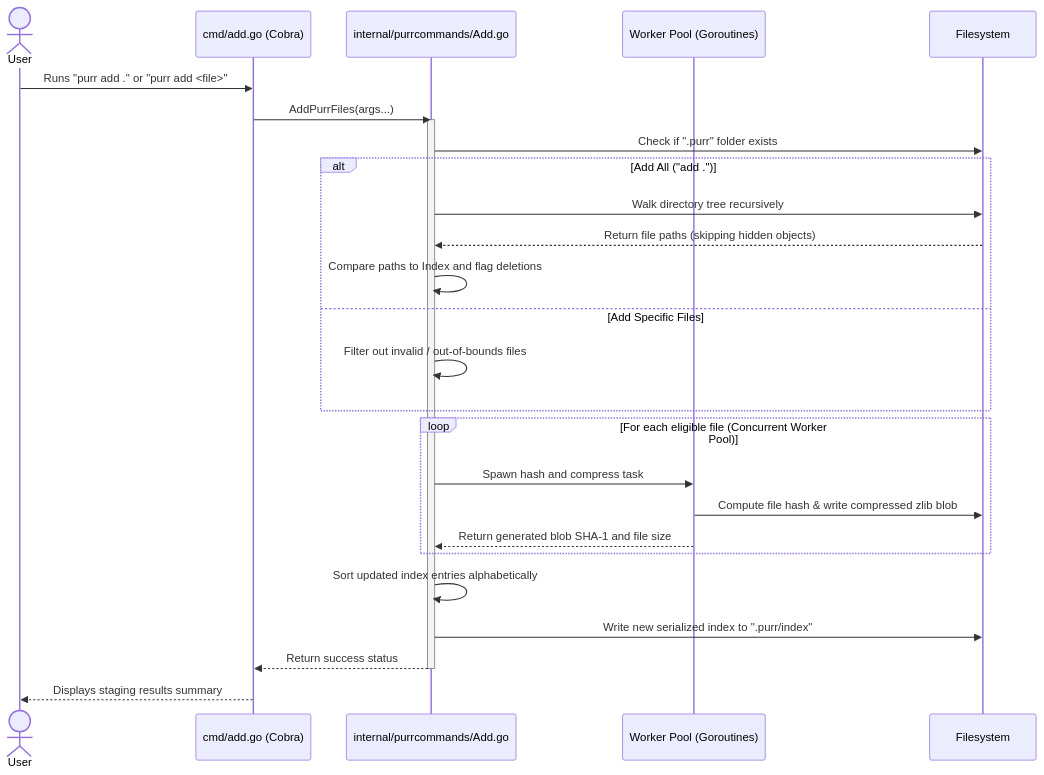
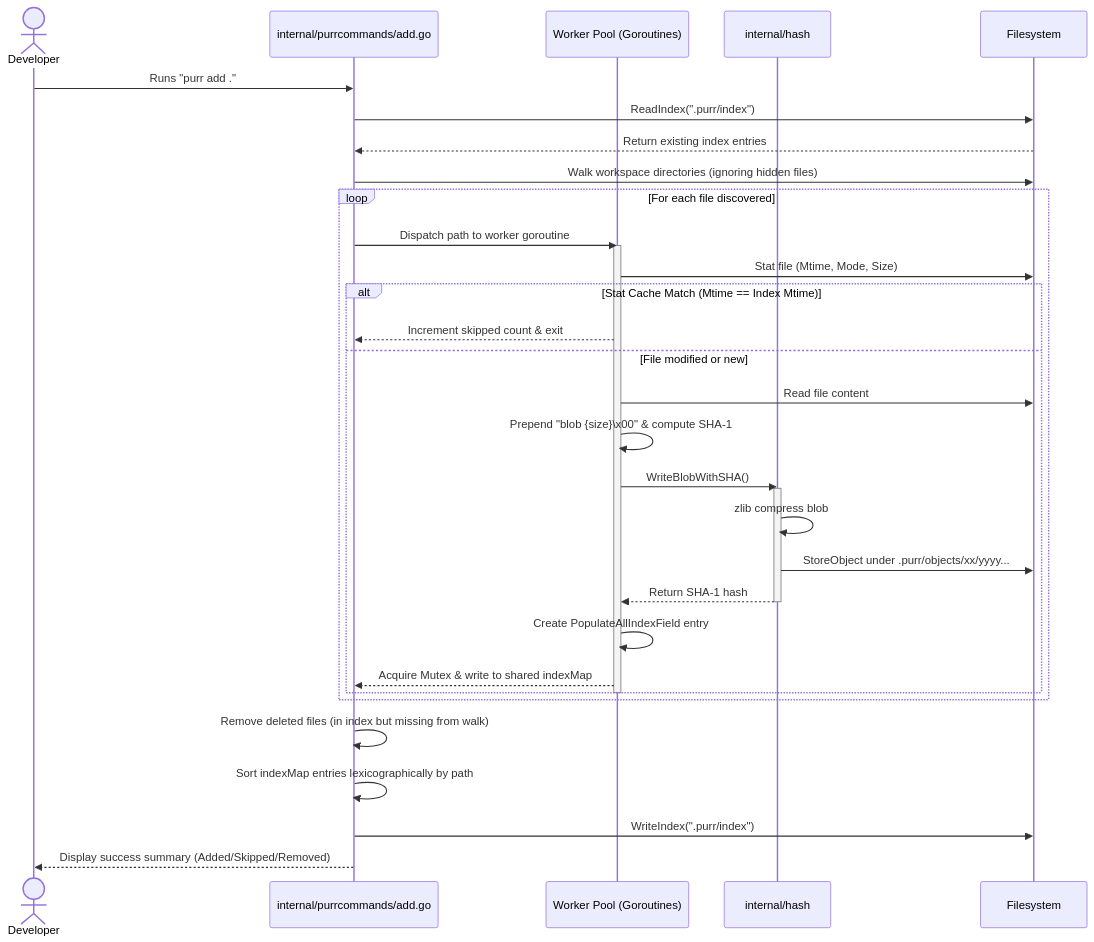
One commit to TheRealShek/persephone changed the fifth of 6 diagrams in Docs/ARCHITECTURE.md. Above: the diagram before and after it, drawn with Mermaid. The commit also changed other lines of this file and 5 other files, not shown here.

````diff
--- a/Docs/ARCHITECTURE.md
+++ b/Docs/ARCHITECTURE.md
@@ -367,35 +258,37 @@
 ```mermaid
 sequenceDiagram
-    actor User
-    participant CLI as cmd/add.go (Cobra)
-    participant Core as internal/purrcommands/Add.go
+    actor Developer
+    participant Core as internal/purrcommands/add.go
     participant WP as Worker Pool (Goroutines)
+    participant Store as internal/hash
     participant OS as Filesystem
 
-    User->>CLI: Runs "purr add ." or "purr add <file>"
-    CLI->>Core: AddPurrFiles(args...)
-
-    activate Core
-    Core->>OS: Check if ".purr" folder exists
-
-    alt Add All ("add .")
-        Core->>OS: Walk directory tree recursively
-        OS-->>Core: Return file paths (skipping hidden objects)
-        Core->>Core: Compare paths to Index and flag deletions
-    else Add Specific Files
-        Core->>Core: Filter out invalid / out-of-bounds files
+    Developer->>Core: Runs "purr add ."
+    Core->>OS: ReadIndex(".purr/index")
+    OS-->>Core: Return existing index entries
+    Core->>OS: Walk workspace directories (ignoring hidden files)
+    loop For each file discovered
+        Core->>WP: Dispatch path to worker goroutine
+        activate WP
+        WP->>OS: Stat file (Mtime, Mode, Size)
+        alt Stat Cache Match (Mtime == Index Mtime)
+            WP-->>Core: Increment skipped count & exit
+        else File modified or new
+            WP->>OS: Read file content
+            WP->>WP: Prepend "blob {size}\x00" & compute SHA-1
+            WP->>Store: WriteBlobWithSHA()
+            activate Store
+            Store->>Store: zlib compress blob
+            Store->>OS: StoreObject under .purr/objects/xx/yyyy...
+            Store-->>WP: Return SHA-1 hash
+            deactivate Store
+            WP->>WP: Create PopulateAllIndexField entry
+            WP-->>Core: Acquire Mutex & write to shared indexMap
+        end
+        deactivate WP
     end
-
-    loop For each eligible file (Concurrent Worker Pool)
-        Core->>WP: Spawn hash and compress task
-        WP->>OS: Compute file hash & write compressed zlib blob
-        WP-->>Core: Return generated blob SHA-1 and file size
-    end
-
-    Core->>Core: Sort updated index entries alphabetically
-    Core->>OS: Write new serialized index to ".purr/index"
-
-    Core-->>CLI: Return success status
-    deactivate Core
-    CLI-->>User: Displays staging results summary
+    Core->>Core: Remove deleted files (in index but missing from walk)
+    Core->>Core: Sort indexMap entries lexicographically by path
+    Core->>OS: WriteIndex(".purr/index")
+    Core-->>Developer: Display success summary (Added/Skipped/Removed)
 ```
````
